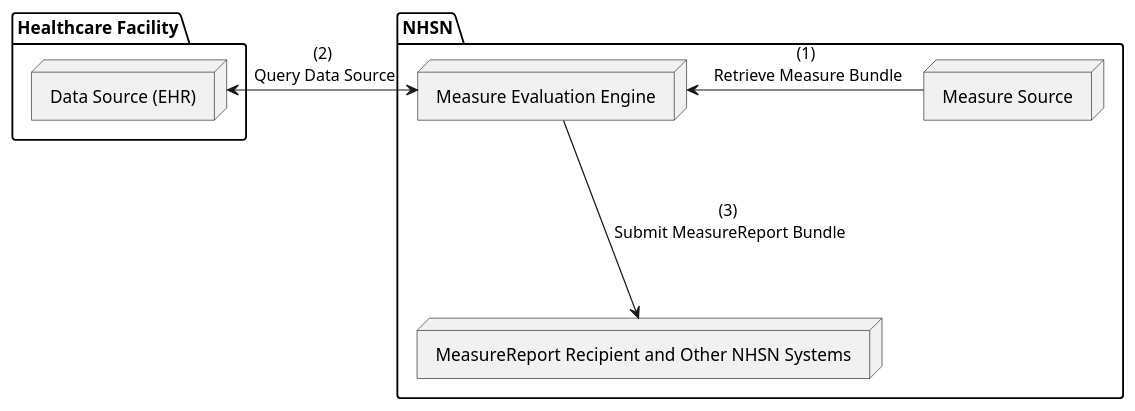
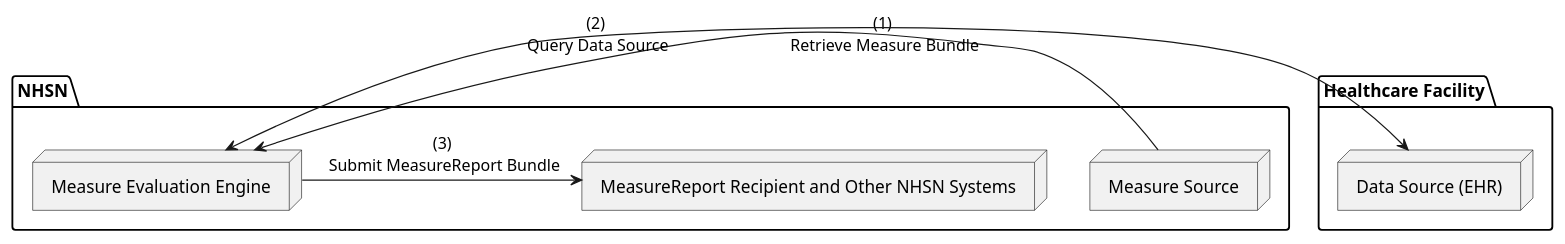
One commit to HL7/us-safr changed the diagram in input/images-source/usfr-1.plantuml. Above: the diagram before and after it, drawn with PlantUML. The commit also changed 2 other files, not shown here.

Commit message:
Update to diagrams on Specifications page.

```diff
--- a/input/images-source/usfr-1.plantuml
+++ b/input/images-source/usfr-1.plantuml
@@ -1,18 +1,18 @@
 @startuml
 
 package "Healthcare Facility" {
     node "Data Source (EHR)" as EHR
 }
 
 package "NHSN" {
     node "Measure Evaluation Engine" as MEE
     node "Measure Source" as MS
     node "MeasureReport Recipient and Other NHSN Systems" as Recipient
 }
 
-EHR <-> MEE : (2)\n Query Data Source
-MEE <-  MS : (1)\n Retrieve Measure Bundle
-MEE ---> Recipient : (3)\n Submit MeasureReport Bundle
+MEE <-   MS        : (1)\n Retrieve Measure Bundle
+EHR <->  MEE       : (2)\n Query Data Source
+MEE ->   Recipient : (3)\n Submit MeasureReport Bundle
 
 
 @enduml
```
